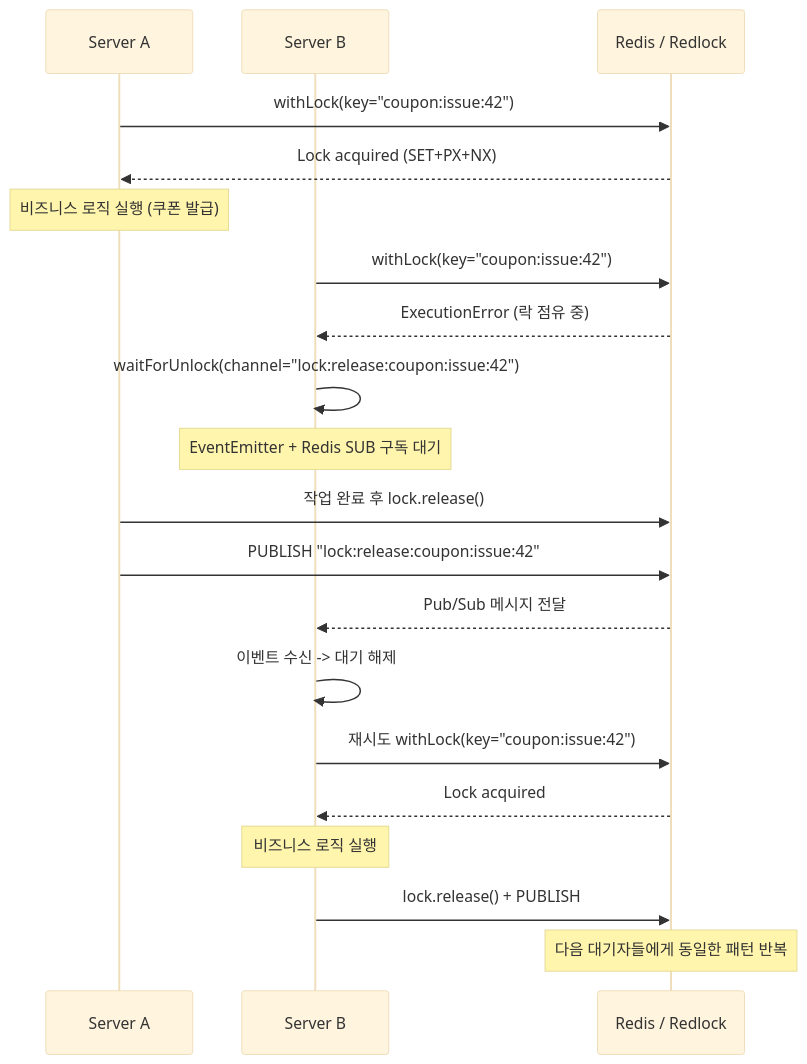
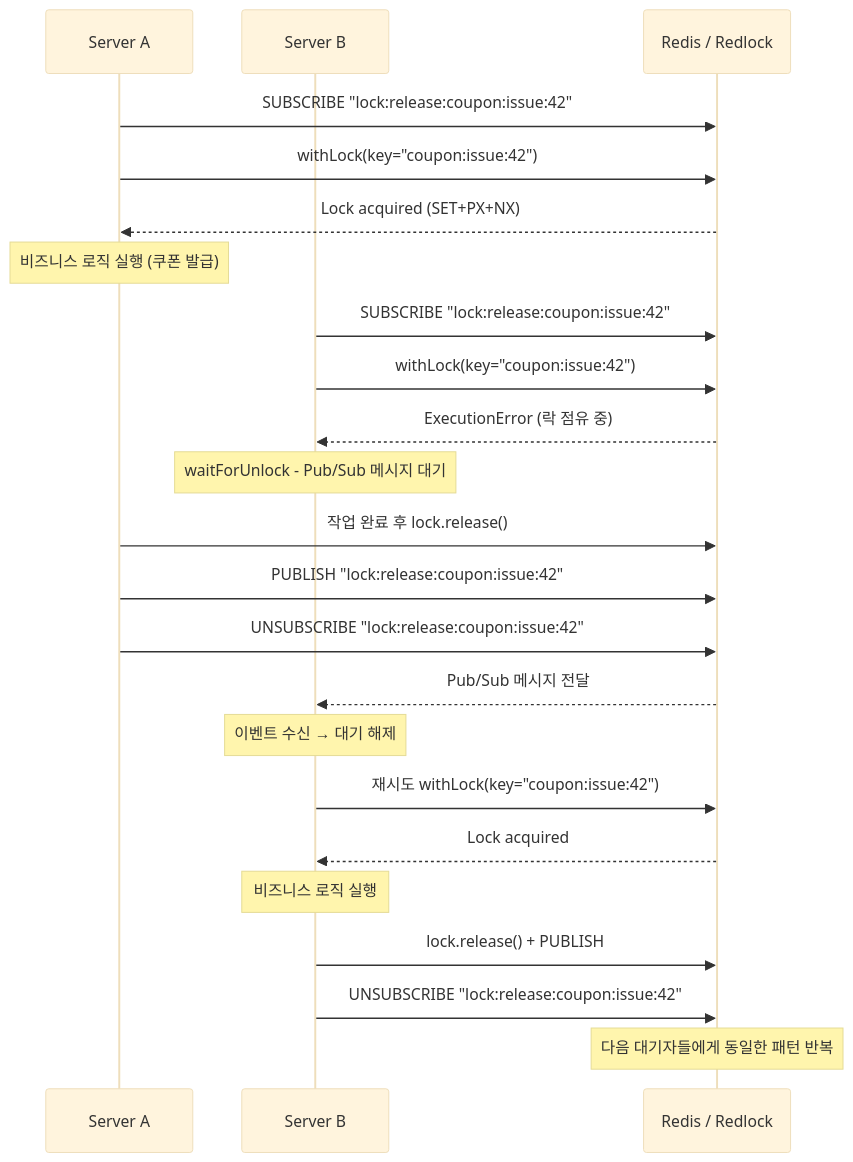
Before and after one commit to overist/hhd-plus-e-commerce: the diagram in docs/REDIS_LOCK_TIMELINE.md, drawn with Mermaid (base theme). The commit also changed other lines of this file, not shown here.

Commit message:
docs: 동일 프로세스 내 이벤트 웨이터 제거

````diff
--- a/docs/REDIS_LOCK_TIMELINE.md
+++ b/docs/REDIS_LOCK_TIMELINE.md
@@ -14,27 +14,30 @@
 ```mermaid
 sequenceDiagram
     participant A as Server A
     participant B as Server B
     participant R as Redis / Redlock
 
+    A->>R: SUBSCRIBE "lock:release:coupon:issue:42"
     A->>R: withLock(key="coupon:issue:42")
     R-->>A: Lock acquired (SET+PX+NX)
     Note over A: 비즈니스 로직 실행 (쿠폰 발급)
 
+    B->>R: SUBSCRIBE "lock:release:coupon:issue:42"
     B->>R: withLock(key="coupon:issue:42")
     R-->>B: ExecutionError (락 점유 중)
-    B->>B: waitForUnlock(channel="lock:release:coupon:issue:42")
-    Note over B: EventEmitter + Redis SUB 구독 대기
+    Note over B: waitForUnlock - Pub/Sub 메시지 대기
 
     A->>R: 작업 완료 후 lock.release()
     A->>R: PUBLISH "lock:release:coupon:issue:42"
+    A->>R: UNSUBSCRIBE "lock:release:coupon:issue:42"
     R-->>B: Pub/Sub 메시지 전달
-    B->>B: 이벤트 수신 -> 대기 해제
+    Note over B: 이벤트 수신 → 대기 해제
 
     B->>R: 재시도 withLock(key="coupon:issue:42")
     R-->>B: Lock acquired
     Note over B: 비즈니스 로직 실행
 
     B->>R: lock.release() + PUBLISH
+    B->>R: UNSUBSCRIBE "lock:release:coupon:issue:42"
     Note over R: 다음 대기자들에게 동일한 패턴 반복
 ```
````
